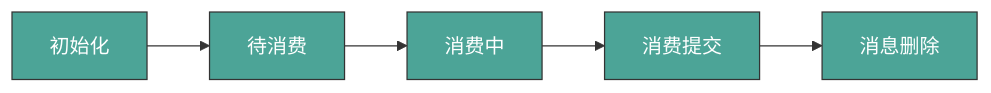
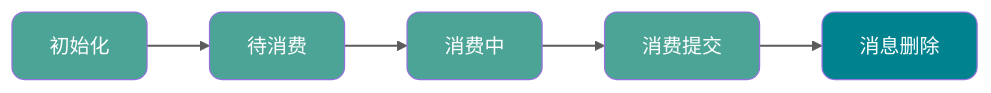
Before and after one commit to Snailclimb/JavaGuide: the ninth of 13 diagrams in docs/high-performance/message-queue/rocketmq-questions.md, drawn with Mermaid. The commit also changed other lines of this file and 7 other files, not shown here.

Commit message:
docs：mermaid 配图样式优化

````diff
--- a/docs/high-performance/message-queue/rocketmq-questions.md
+++ b/docs/high-performance/message-queue/rocketmq-questions.md
@@ -567,10 +617,12 @@
 ```mermaid
   flowchart LR
       N1["初始化"] --> N2["待消费"] --> N3["消费中"] --> N4["消费提交"] --> N5["消息删除"]
 
-      classDef default fill:#4CA497,stroke:#333,color:#fff
-      class N5 fill:#00838F,stroke:#333,color:#fff
+      classDef default fill:#4CA497,color:#fff,rx:10,ry:10
+      classDef final fill:#00838F,color:#fff,rx:10,ry:10
 
       class N1,N2,N3,N4 default
       class N5 final
+
+      linkStyle default stroke-width:1.5px,opacity:0.8
 ```
````
